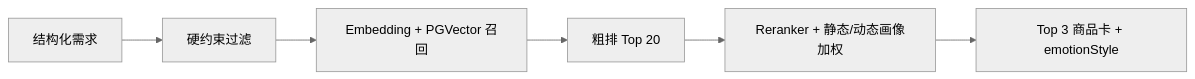
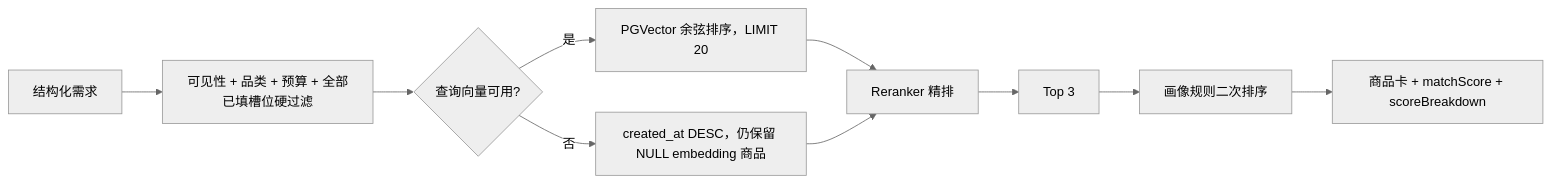
One commit to ivaris03/voice-shopping-agents changed the third of 4 diagrams in docs/architecture.md. Above: the diagram before and after it, drawn with Mermaid (neutral theme). The commit also changed other lines of this file and 2 other files, not shown here.

````diff
--- a/docs/architecture.md
+++ b/docs/architecture.md
@@ -128,8 +157,12 @@
 ```mermaid
 flowchart LR
-    A["结构化需求"] --> B["硬约束过滤"]
-    B --> C["Embedding + PGVector 召回"]
-    C --> D["粗排 Top 20"]
-    D --> E["Reranker + 静态/动态画像加权"]
-    E --> F["Top 3 商品卡 + emotionStyle"]
+    A["结构化需求"] --> B["可见性 + 品类 + 预算 + 全部已填槽位硬过滤"]
+    B --> C{"查询向量可用?"}
+    C -->|是| D["PGVector 余弦排序，LIMIT 20"]
+    C -->|否| E["created_at DESC，仍保留 NULL embedding 商品"]
+    D --> F["Reranker 精排"]
+    E --> F
+    F --> G["Top 3"]
+    G --> H["画像规则二次排序"]
+    H --> I["商品卡 + matchScore + scoreBreakdown"]
 ```
````
